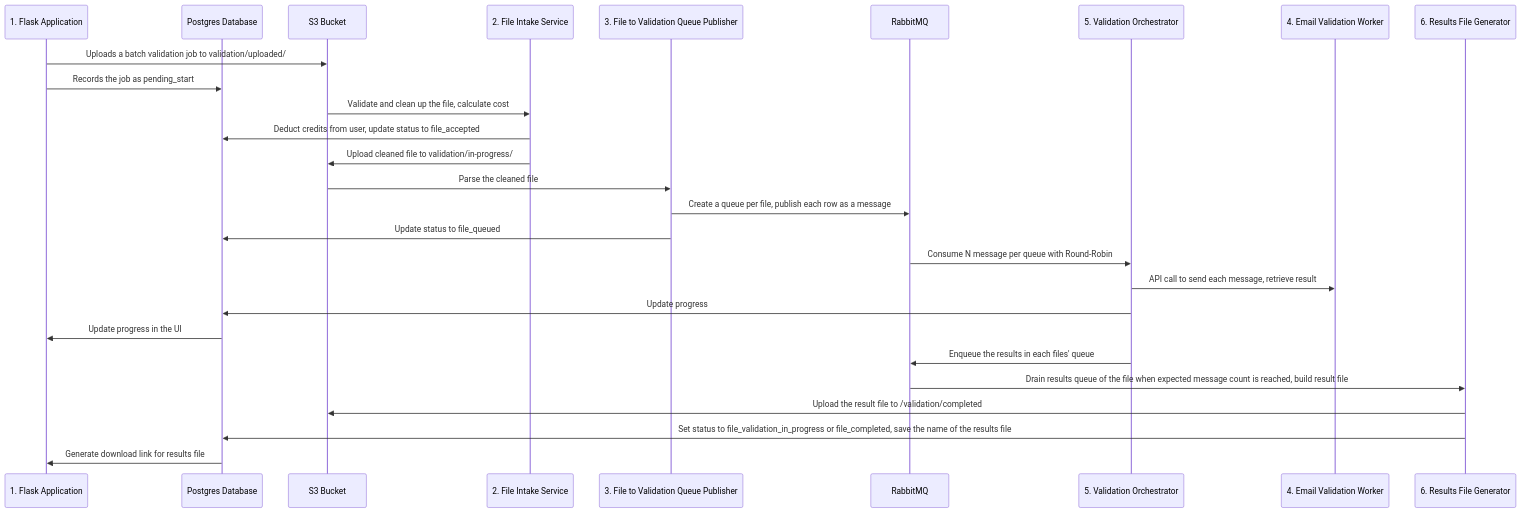
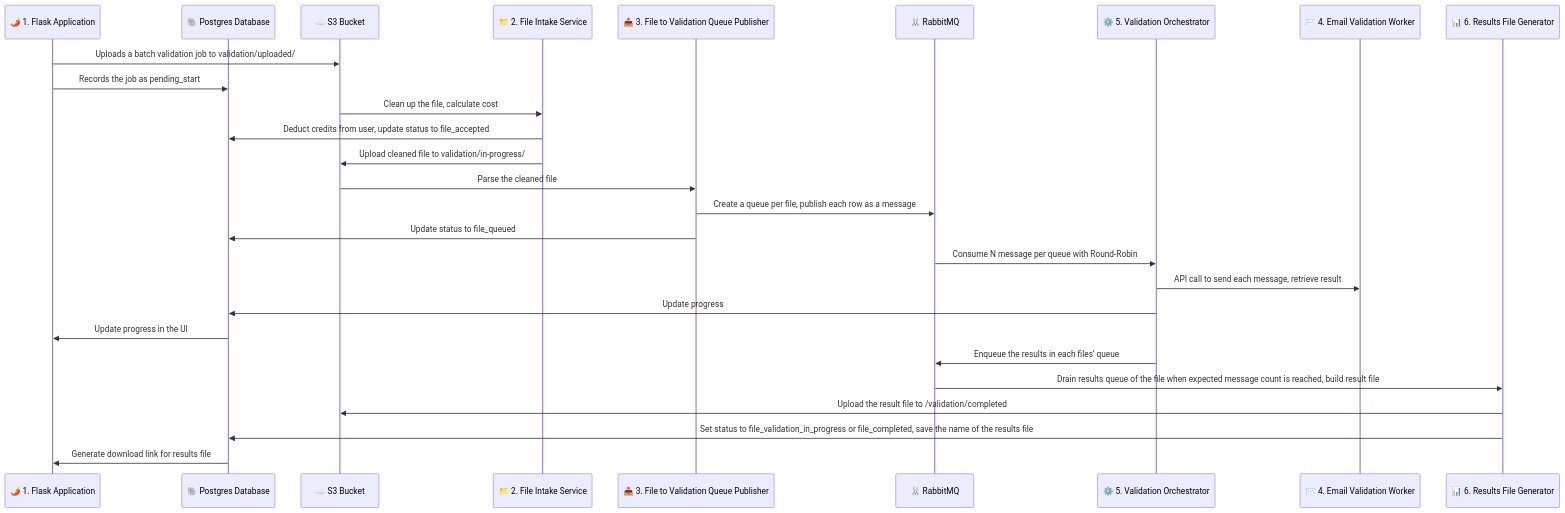
The diagram in readme.md (cansinacarer/maillistshield-com), drawn with Mermaid before and after one commit.

Commit message:
docs: add emoji icons to the mermaid diagram in readme

````diff
--- a/readme.md
+++ b/readme.md
@@ -17,30 +17,30 @@
 ```mermaid
 sequenceDiagram
-  participant flask as 1. Flask Application
-  participant db as Postgres Database
-  participant s3 as S3 Bucket
-  participant fis as 2. File Intake Service
-  participant f2vqp as 3. File to Validation Queue Publisher
-  participant rabbit as RabbitMQ
-  participant vo as 5. Validation Orchestrator
-  participant evw as 4. Email Validation Worker
-  participant rfg as 6. Results File Generator
+  participant flask as 🌶️ 1. Flask Application
+  participant db as 🐘 Postgres Database
+  participant s3 as ☁️ S3 Bucket
+  participant fis as 📁 2. File Intake Service
+  participant f2vqp as 📤 3. File to Validation Queue Publisher
+  participant rabbit as 🐰 RabbitMQ
+  participant vo as ⚙️ 5. Validation Orchestrator
+  participant evw as ✉️ 4. Email Validation Worker
+  participant rfg as 📊 6. Results File Generator
 
   flask ->> s3: Uploads a batch validation job to validation/uploaded/
   flask ->> db: Records the job as pending_start
-  s3 ->> fis: Validate and clean up the file, calculate cost
-  fis ->> db: Deduct  credits from user, update status to file_accepted
+  s3 ->> fis: Clean up the file, calculate cost
+  fis ->> db: Deduct credits from user, update status to file_accepted
   fis ->> s3: Upload cleaned file to validation/in-progress/
   s3 ->> f2vqp: Parse the cleaned file
   f2vqp ->> rabbit: Create a queue per file, publish each row as a message
   f2vqp ->> db: Update status to file_queued
   rabbit ->> vo: Consume N message per queue with Round-Robin
   vo ->> evw: API call to send each message, retrieve result
   vo ->> db: Update progress
   db ->> flask: Update progress in the UI
   vo ->> rabbit: Enqueue the results in each files' queue
   rabbit ->> rfg: Drain results queue of the file when expected message count is reached, build result file
   rfg ->> s3: Upload the result file to /validation/completed
   rfg ->> db: Set status to file_validation_in_progress or file_completed, save the name of the results file
   db ->> flask: Generate download link for results file
 ```
````
